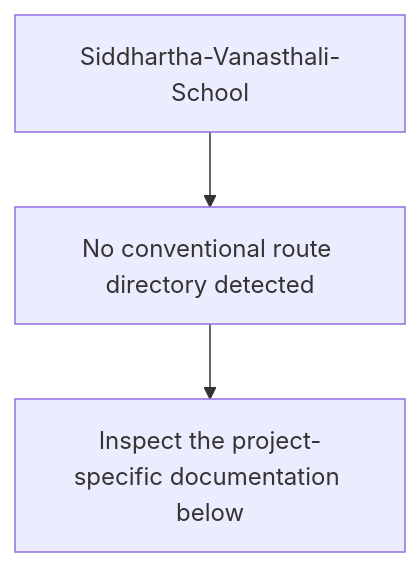
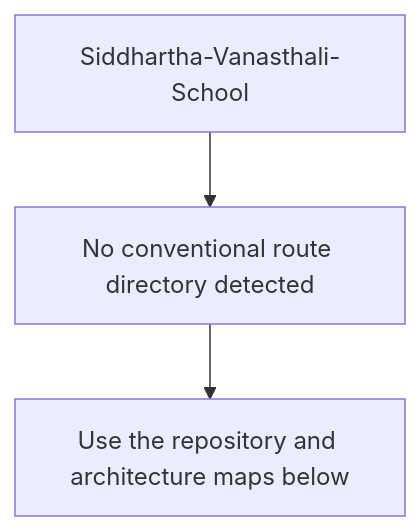
One commit to Nischhalsubba/Siddhartha-Vanasthali-School changed the second of 5 diagrams in README.md. Above: the diagram before and after it, drawn with Mermaid. The commit also changed other lines of this file, not shown here.

````diff
--- a/README.md
+++ b/README.md
@@ -44,6 +71,6 @@
 ```mermaid
 flowchart TD
     APP["Siddhartha-Vanasthali-School"]
     APP --> SOURCE["No conventional route directory detected"]
-    SOURCE --> VERIFY["Inspect the project-specific documentation below"]
+    SOURCE --> GUIDE["Use the repository and architecture maps below"]
 ```
````
